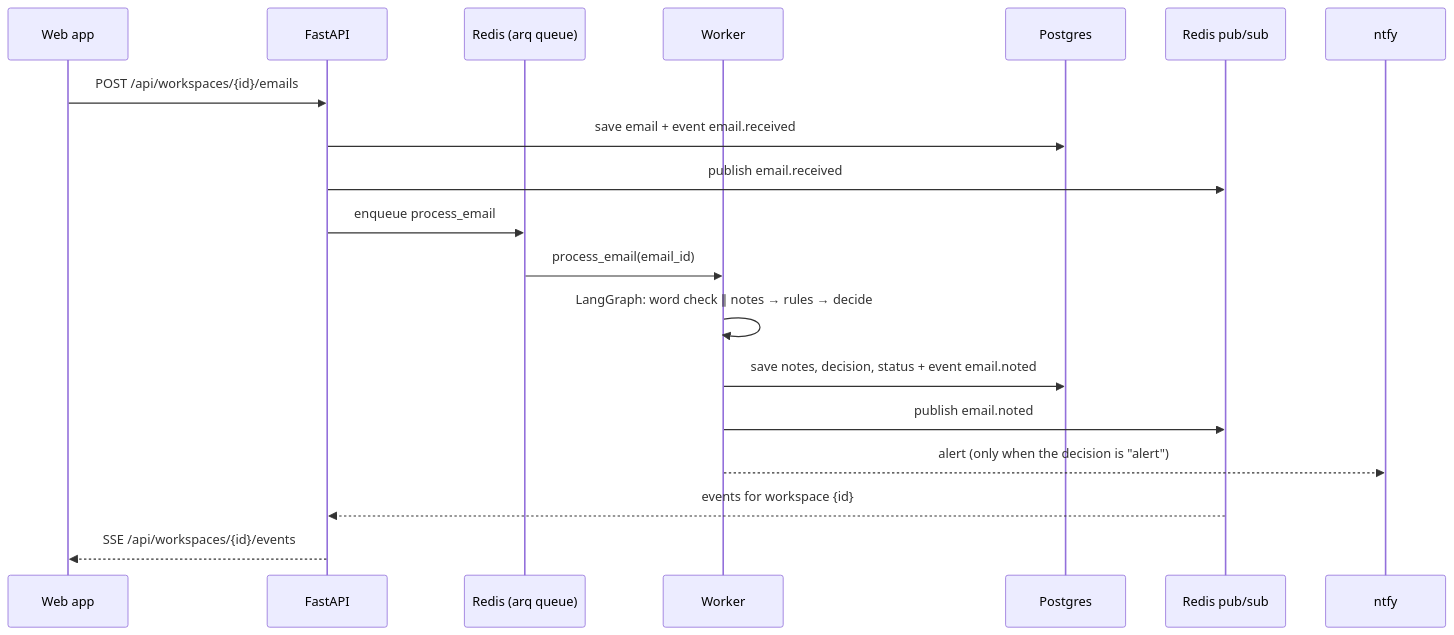
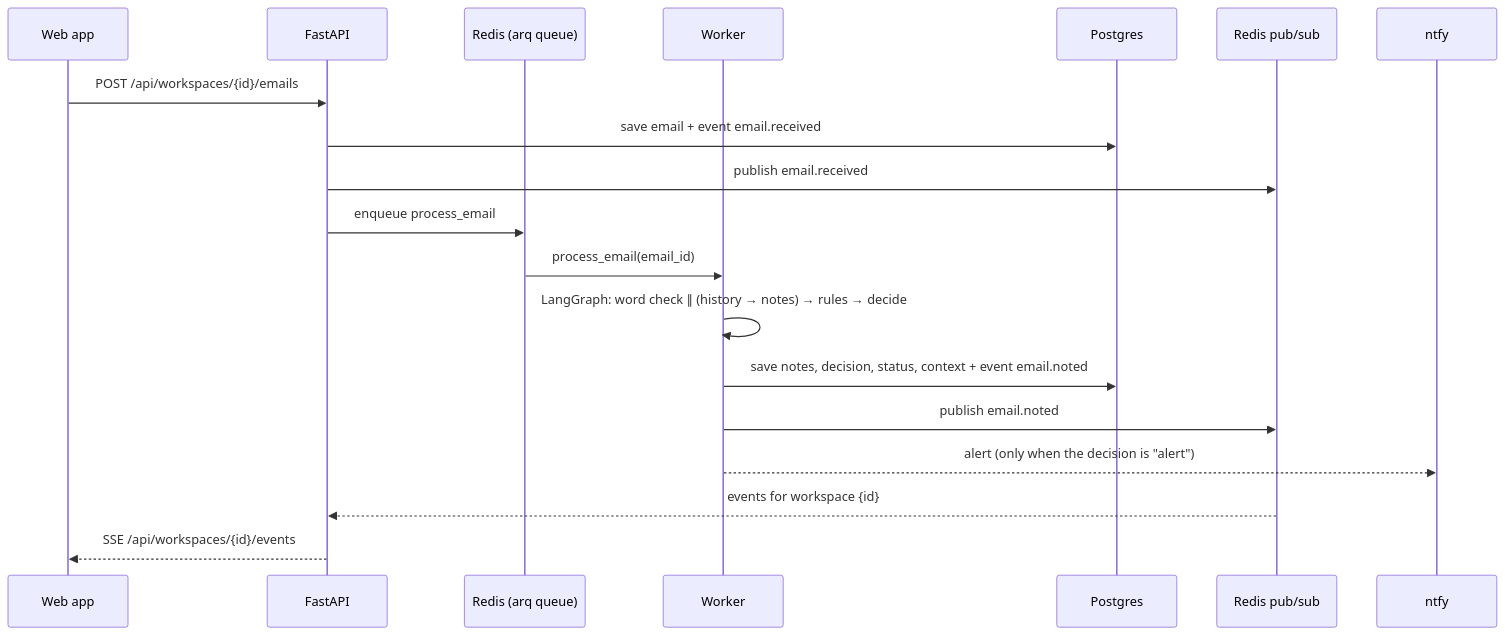
Before and after one commit to himanshu634/Herald: the first of 2 diagrams in docs/architecture.md, drawn with Mermaid. The commit also changed other lines of this file and 3 other files, not shown here.

Commit message:
Feed history into triage and save what the model saw

````diff
--- a/docs/architecture.md
+++ b/docs/architecture.md
@@ -18,22 +18,22 @@
 ```mermaid
 sequenceDiagram
     participant Web as Web app
     participant API as FastAPI
     participant Q as Redis (arq queue)
     participant W as Worker
     participant DB as Postgres
     participant Bus as Redis pub/sub
     participant Phone as ntfy
 
     Web->>API: POST /api/workspaces/{id}/emails
     API->>DB: save email + event email.received
     API->>Bus: publish email.received
     API->>Q: enqueue process_email
     Q->>W: process_email(email_id)
-    W->>W: LangGraph: word check ∥ notes → rules → decide
-    W->>DB: save notes, decision, status + event email.noted
+    W->>W: LangGraph: word check ∥ (history → notes) → rules → decide
+    W->>DB: save notes, decision, status, context + event email.noted
     W->>Bus: publish email.noted
     W-->>Phone: alert (only when the decision is "alert")
     Bus-->>API: events for workspace {id}
     API-->>Web: SSE /api/workspaces/{id}/events
 ```
````
